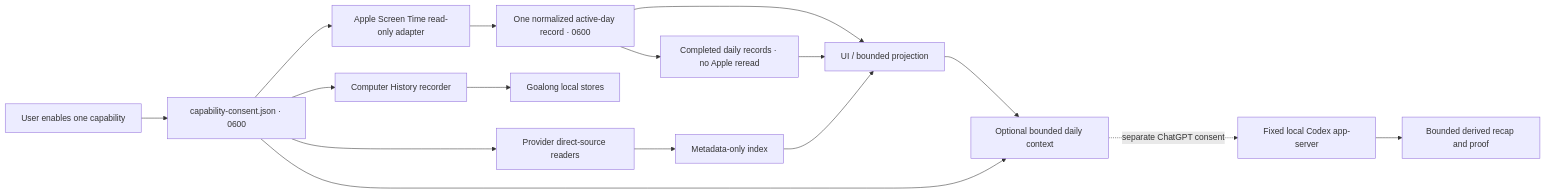
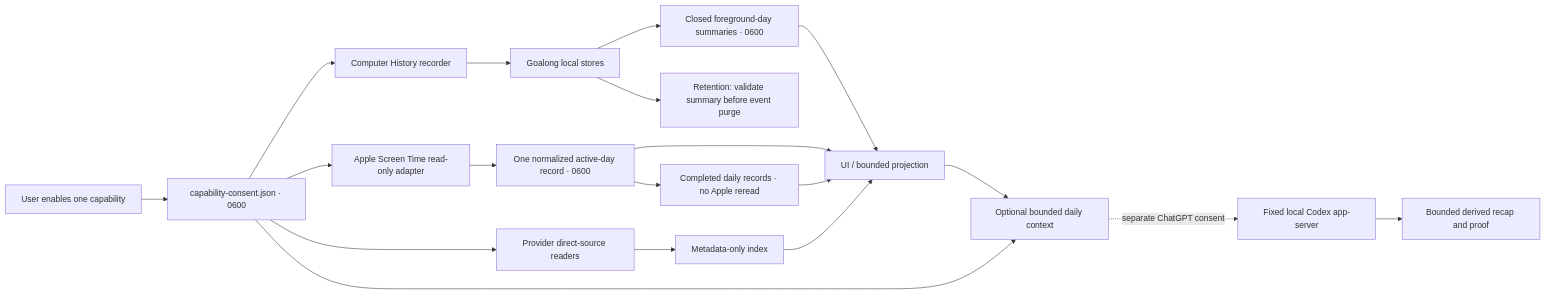
Before and after one commit to blancmathis/goalong-history: the first of 2 diagrams in docs/DATA-FLOW.md, drawn with Mermaid. The commit also changed other lines of this file and 3 other files, not shown here.

Commit message:
Document foreground method v4, durable summaries and unclear verdict reassessment

````diff
--- a/docs/DATA-FLOW.md
+++ b/docs/DATA-FLOW.md
@@ -8,18 +8,21 @@
 ```mermaid
 flowchart LR
   user["User enables one capability"] --> consent["capability-consent.json · 0600"]
   consent --> capture["Computer History recorder"]
   consent --> screen["Apple Screen Time read-only adapter"]
   consent --> agents["Provider direct-source readers"]
   capture --> local["Goalong local stores"]
+  local --> days["Closed foreground-day summaries · 0600"]
+  days --> view
+  local --> retention["Retention: validate summary before event purge"]
   screen --> active["One normalized active-day record · 0600"]
   active --> closed["Completed daily records · no Apple reread"]
   active --> view["UI / bounded projection"]
   closed --> view
   agents --> index["Metadata-only index"]
   index --> view
   view --> optional["Optional bounded daily context"]
   consent --> optional
   optional -. "separate ChatGPT consent" .-> codex["Fixed local Codex app-server"]
   codex --> recap["Bounded derived recap and proof"]
 ```
````
